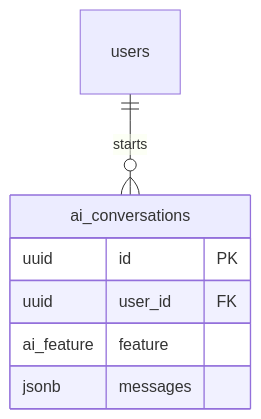
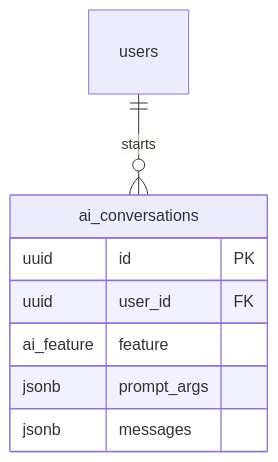
Diagram 46 of 47 in docs/backend/Database.md (rahmat058/school-flow-ai), drawn with Mermaid before and after one commit. The commit also changed other lines of this file and 18 other files, not shown here.

````diff
--- a/docs/backend/Database.md
+++ b/docs/backend/Database.md
@@ -1794,10 +1798,11 @@
 ```mermaid
 erDiagram
   users ||--o{ ai_conversations : "starts"
   ai_conversations {
     uuid id PK
     uuid user_id FK
     ai_feature feature
+    jsonb prompt_args
     jsonb messages
   }
 ```
````
